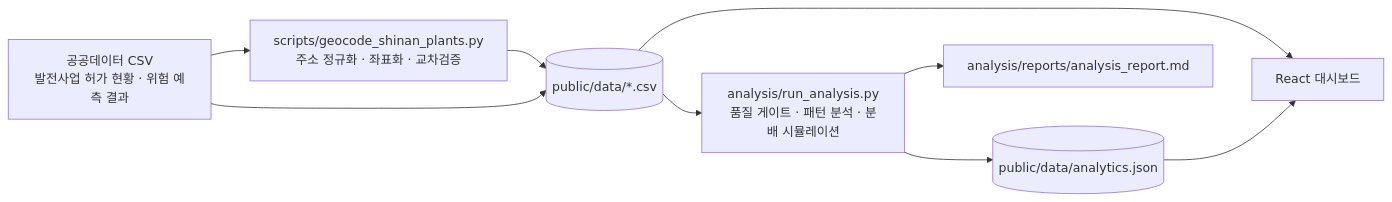
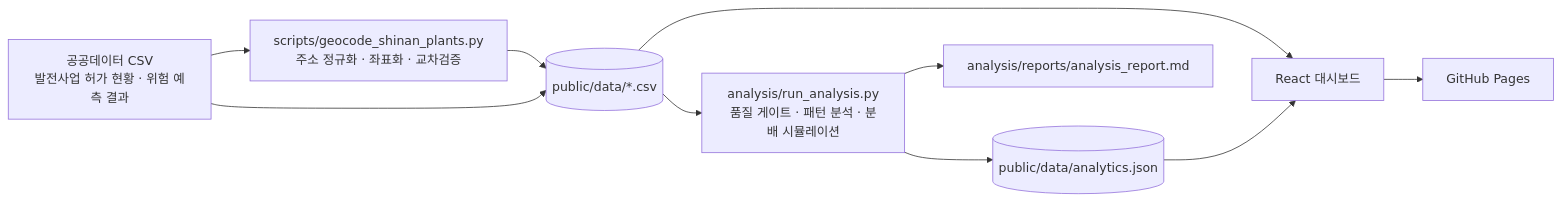
One commit to SEONGBINJEON/SolarGrid changed the diagram in README.md. Above: the diagram before and after it, drawn with Mermaid. The commit also changed other lines of this file and 1 other file, not shown here.

First line of the commit message:
ci: 검사를 통과한 main을 GitHub Pages에 자동 배포

````diff
--- a/README.md
+++ b/README.md
@@ -51,11 +56,12 @@
 ```mermaid
 flowchart LR
     A["공공데이터 CSV<br/>발전사업 허가 현황 · 위험 예측 결과"] --> B["scripts/geocode_shinan_plants.py<br/>주소 정규화 · 좌표화 · 교차검증"]
     B --> C[("public/data/*.csv")]
     A --> C
     C --> D["analysis/run_analysis.py<br/>품질 게이트 · 패턴 분석 · 분배 시뮬레이션"]
     D --> E[("public/data/analytics.json")]
     D --> F["analysis/reports/analysis_report.md"]
     C --> G["React 대시보드"]
     E --> G
+    G --> H["GitHub Pages"]
 ```
````
